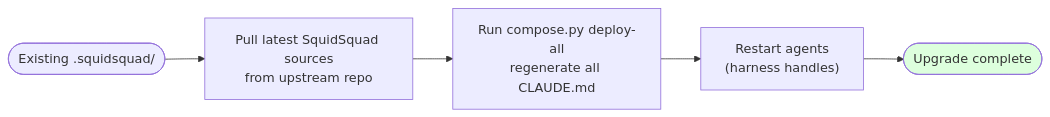
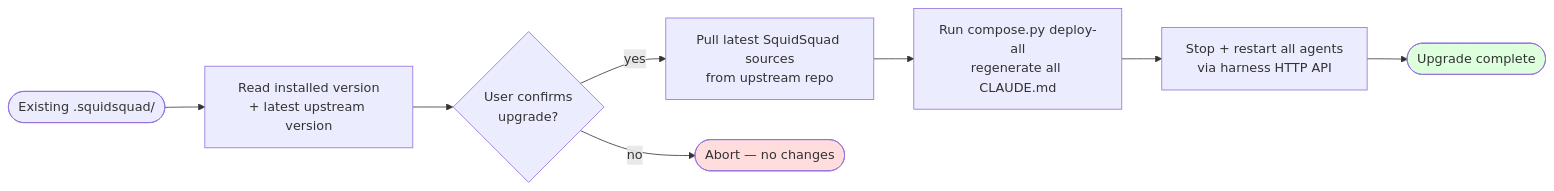
Before and after one commit to WallyDoodlez/SquidSquad: the third of 3 diagrams in docs/INSTALLER-ARCH.md, drawn with Mermaid. The commit also changed other lines of this file and 3 other files, not shown here.

````diff
--- a/docs/INSTALLER-ARCH.md
+++ b/docs/INSTALLER-ARCH.md
@@ -359,11 +394,17 @@
 ```mermaid
 flowchart LR
     Existing(["Existing .squidsquad/"])
+    Detect["Read installed version<br/>+ latest upstream version"]
+    Confirm{"User confirms<br/>upgrade?"}
     Pull["Pull latest SquidSquad sources<br/>from upstream repo"]
     Recompose["Run compose.py deploy-all<br/>regenerate all CLAUDE.md"]
-    Restart["Restart agents<br/>(harness handles)"]
+    Restart["Stop + restart all agents<br/>via harness HTTP API"]
     Done(["Upgrade complete"])
+    Abort(["Abort — no changes"])
 
-    Existing --> Pull --> Recompose --> Restart --> Done
+    Existing --> Detect --> Confirm
+    Confirm -->|"yes"| Pull --> Recompose --> Restart --> Done
+    Confirm -->|"no"| Abort
     style Done fill:#dfd
+    style Abort fill:#fdd
 ```
````
